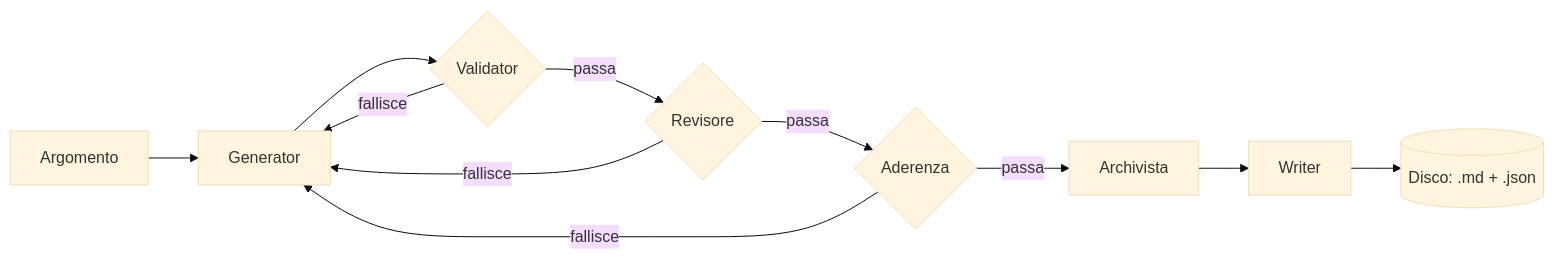
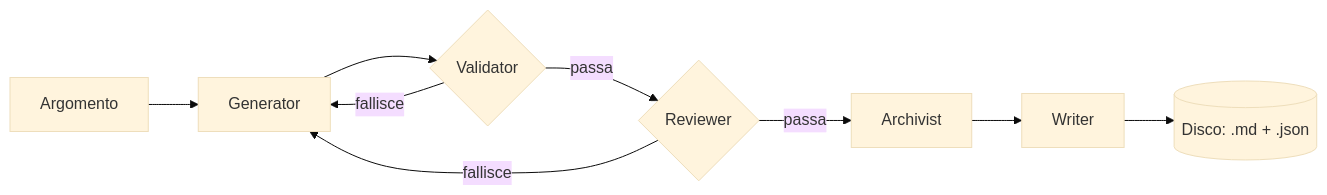
The diagram in README.md (francesco-cassese/verified-notes-pipeline), drawn with Mermaid (base theme) before and after one commit. The commit also changed other lines of this file, not shown here.

First line of the commit message:
docs: reflect the merged reviewer agent and English naming in the README

````diff
--- a/README.md
+++ b/README.md
@@ -17,13 +17,11 @@
 ```mermaid
 flowchart LR
     U[Argomento] --> G[Generator]
     G --> V{Validator}
     V -- fallisce --> G
-    V -- passa --> R{Revisore}
+    V -- passa --> R{Reviewer}
     R -- fallisce --> G
-    R -- passa --> A{Aderenza}
-    A -- fallisce --> G
-    A -- passa --> AR[Archivista]
+    R -- passa --> AR[Archivist]
     AR --> W[Writer]
     W --> D[(Disco: .md + .json)]
 ```
````
